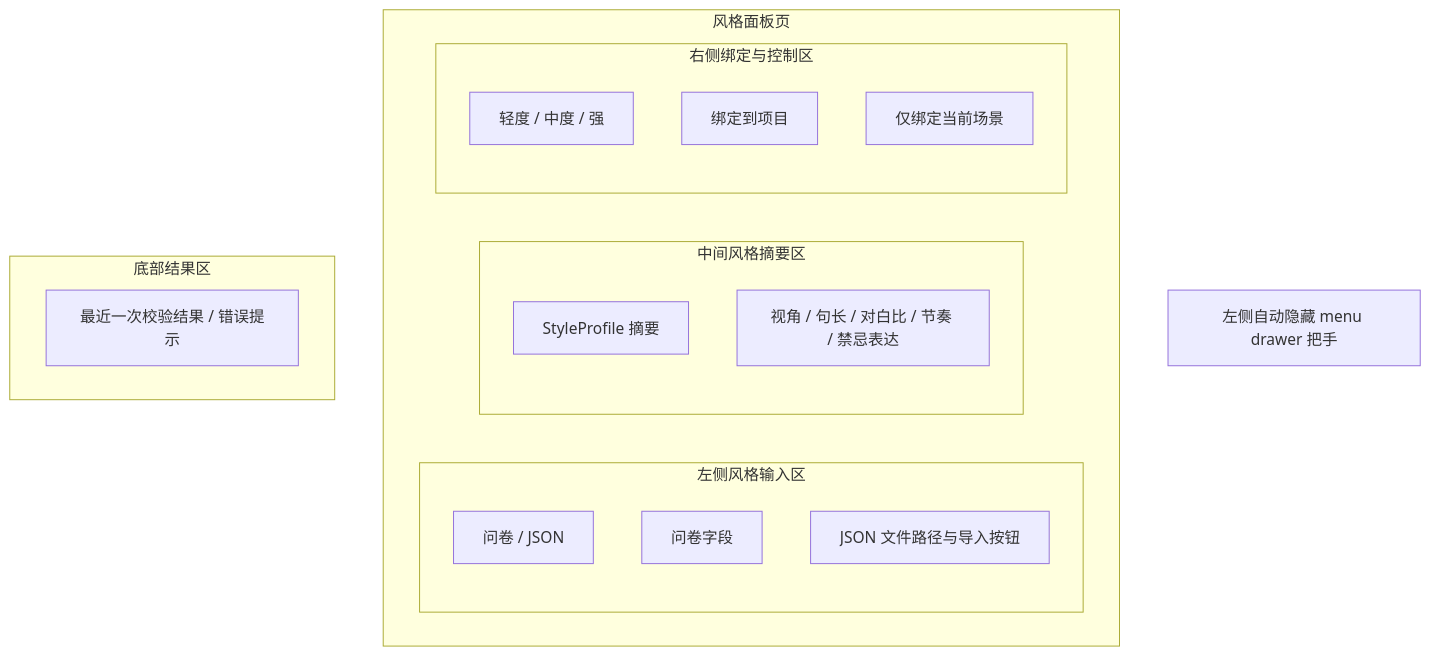
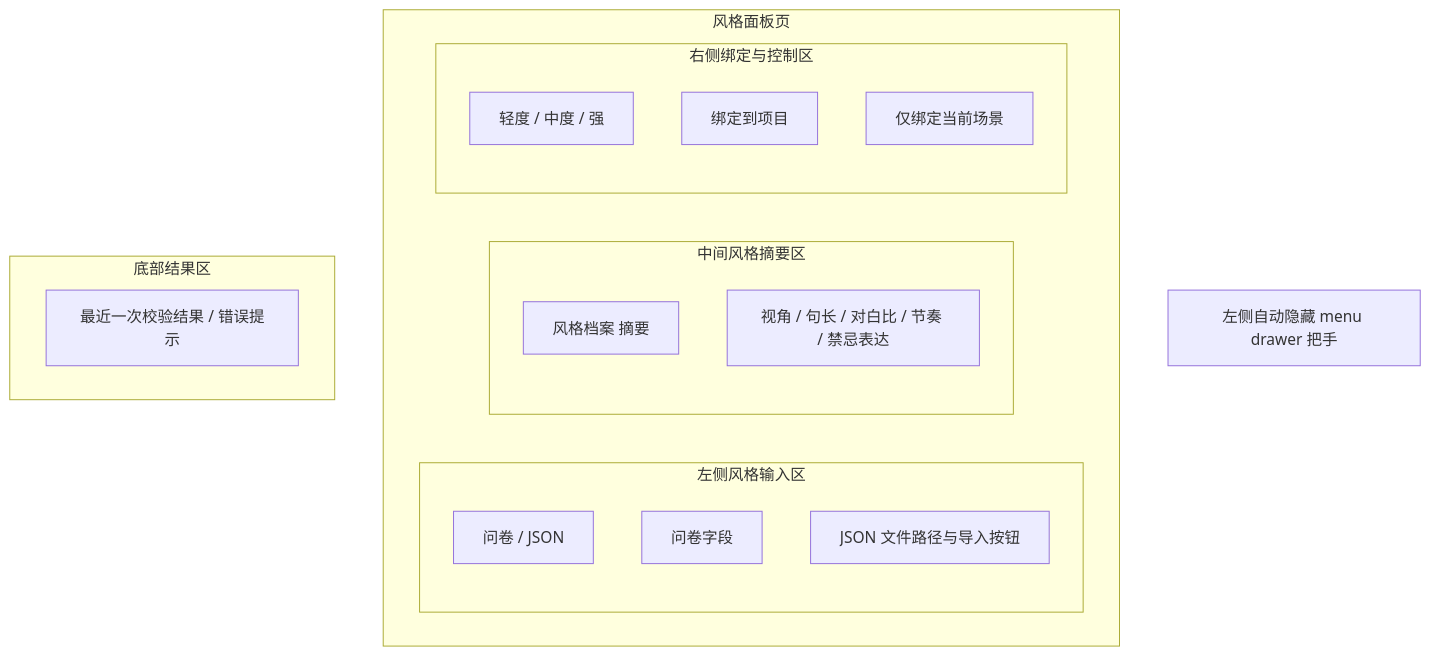
The diagram in docs/mvp/prd/prd-06-style-panel.md (changw98ic/n0vel), drawn with Mermaid before and after one commit. The commit also changed other lines of this file and 152 other files, not shown here.

````diff
--- a/docs/mvp/prd/prd-06-style-panel.md
+++ b/docs/mvp/prd/prd-06-style-panel.md
@@ -174,27 +174,27 @@
 ```mermaid
 flowchart TB
     Handle["左侧自动隐藏 menu drawer 把手"]
 
     subgraph Body["风格面板页"]
         subgraph Left["左侧风格输入区"]
             Mode["问卷 / JSON"]
             Questionnaire["问卷字段"]
             JsonImport["JSON 文件路径与导入按钮"]
         end
 
         subgraph Center["中间风格摘要区"]
-            Profile["StyleProfile 摘要"]
+            Profile["风格档案 摘要"]
             Metrics["视角 / 句长 / 对白比 / 节奏 / 禁忌表达"]
         end
 
         subgraph Right["右侧绑定与控制区"]
             Strength["轻度 / 中度 / 强"]
             BindProject["绑定到项目"]
             BindScene["仅绑定当前场景"]
         end
     end
 
     subgraph Footer["底部结果区"]
         Result["最近一次校验结果 / 错误提示"]
     end
 ```
````
